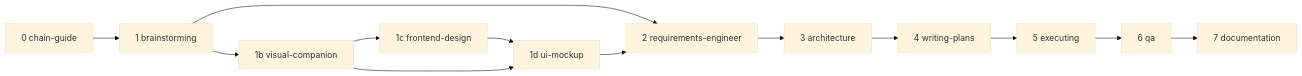
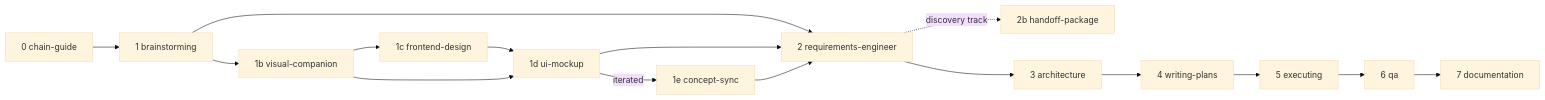
Before and after one commit to silviobeer/agentic-development-skill-chain: the diagram in docs/skill-chain.md, drawn with Mermaid (base theme). The commit also changed other lines of this file and 17 other files, not shown here.

First line of the commit message:
feat: add product discovery track to skill chain

````diff
--- a/docs/skill-chain.md
+++ b/docs/skill-chain.md
@@ -5,15 +5,18 @@
 ```mermaid
 flowchart LR
   S0[0 chain-guide] --> S1[1 brainstorming]
   S1 --> S1B[1b visual-companion]
   S1 --> S2[2 requirements-engineer]
   S1B --> S1C[1c frontend-design]
   S1C --> S1D[1d ui-mockup]
   S1B --> S1D
+  S1D -->|iterated| S1E[1e concept-sync]
   S1D --> S2
+  S1E --> S2
+  S2 -.discovery track.-> S2B[2b handoff-package]
   S2 --> S3[3 architecture]
   S3 --> S4[4 writing-plans]
   S4 --> S5[5 executing]
   S5 --> S6[6 qa]
   S6 --> S7[7 documentation]
 ```
````
